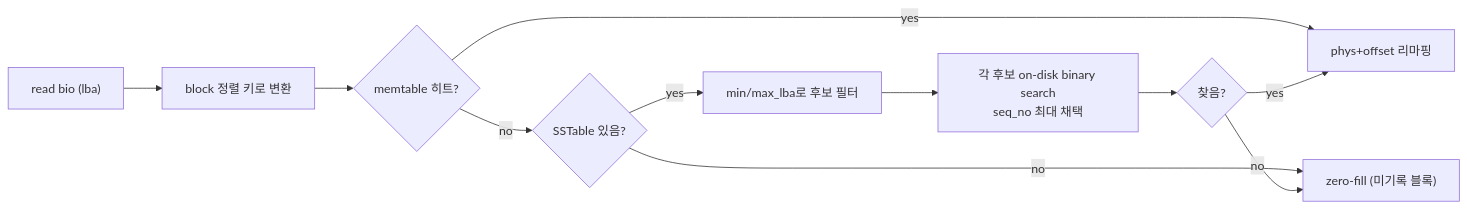
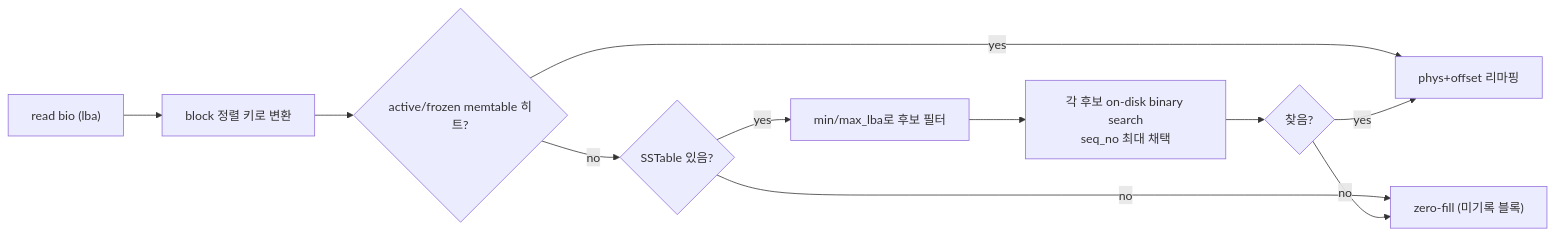
The third of 3 diagrams in README.md (ZnsCapstone/dm-zns-base), drawn with Mermaid before and after one commit. The commit also changed other lines of this file, not shown here.

````diff
--- a/README.md
+++ b/README.md
@@ -194,13 +232,13 @@
 ```mermaid
 flowchart LR
     A["read bio (lba)"] --> B["block 정렬 키로 변환"]
-    B --> C{"memtable 히트?"}
+    B --> C{"active/frozen memtable 히트?"}
     C -->|yes| D["phys+offset 리마핑"]
     C -->|no| E{"SSTable 있음?"}
     E -->|no| F["zero-fill (미기록 블록)"]
     E -->|yes| G["min/max_lba로 후보 필터"]
     G --> H["각 후보 on-disk binary search<br/>seq_no 최대 채택"]
     H --> I{"찾음?"}
     I -->|yes| D
     I -->|no| F
 ```
````
